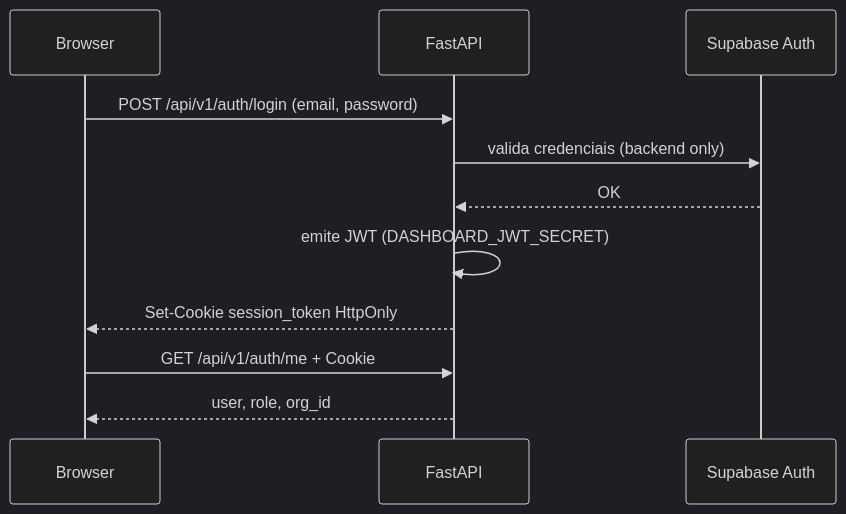
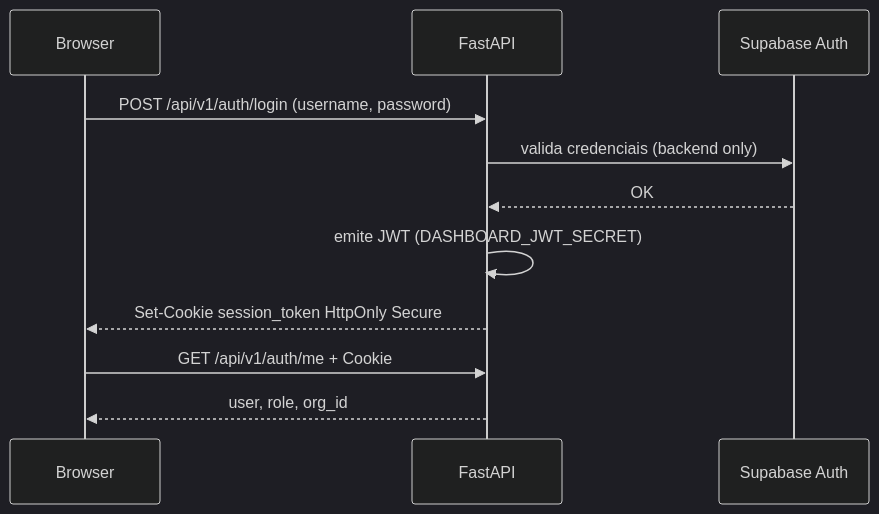
The fourth of 5 diagrams in CLAUDE.md (victorhayafuji/flowia-master-engine), drawn with Mermaid (dark theme) before and after one commit. The commit also changed other lines of this file and 26 other files, not shown here.

````diff
--- a/CLAUDE.md
+++ b/CLAUDE.md
@@ -508,14 +511,14 @@
 ```mermaid
 sequenceDiagram
   participant Browser
   participant API as FastAPI
   participant SupaAuth as Supabase Auth
 
-  Browser->>API: POST /api/v1/auth/login (email, password)
+  Browser->>API: POST /api/v1/auth/login (username, password)
   API->>SupaAuth: valida credenciais (backend only)
   SupaAuth-->>API: OK
   API->>API: emite JWT (DASHBOARD_JWT_SECRET)
-  API-->>Browser: Set-Cookie session_token HttpOnly
+  API-->>Browser: Set-Cookie session_token HttpOnly Secure
   Browser->>API: GET /api/v1/auth/me + Cookie
   API-->>Browser: user, role, org_id
 ```
````
